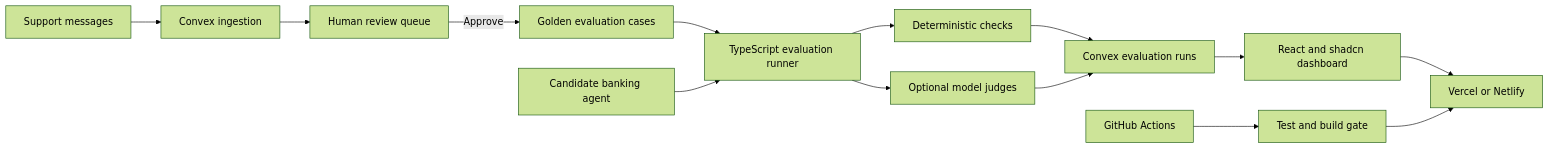
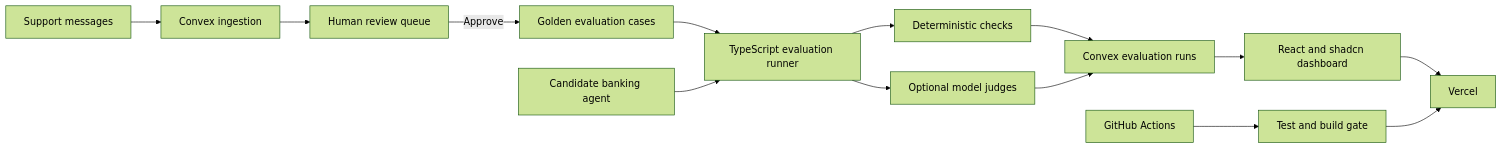
The diagram in docs/architecture.md (sricantreddy/fineval-lab), drawn with Mermaid (forest theme) before and after one commit. The commit also changed other lines of this file and 8 other files, not shown here.

````diff
--- a/docs/architecture.md
+++ b/docs/architecture.md
@@ -3,16 +3,16 @@
 ```mermaid
 flowchart LR
     A[Support messages] --> B[Convex ingestion]
     B --> C[Human review queue]
     C -->|Approve| D[Golden evaluation cases]
     D --> E[TypeScript evaluation runner]
     F[Candidate banking agent] --> E
     E --> G[Deterministic checks]
     E --> H[Optional model judges]
     G --> I[Convex evaluation runs]
     H --> I
     I --> J[React and shadcn dashboard]
-    J --> K[Vercel or Netlify]
+    J --> K[Vercel]
     L[GitHub Actions] --> M[Test and build gate]
     M --> K
 ```
````
